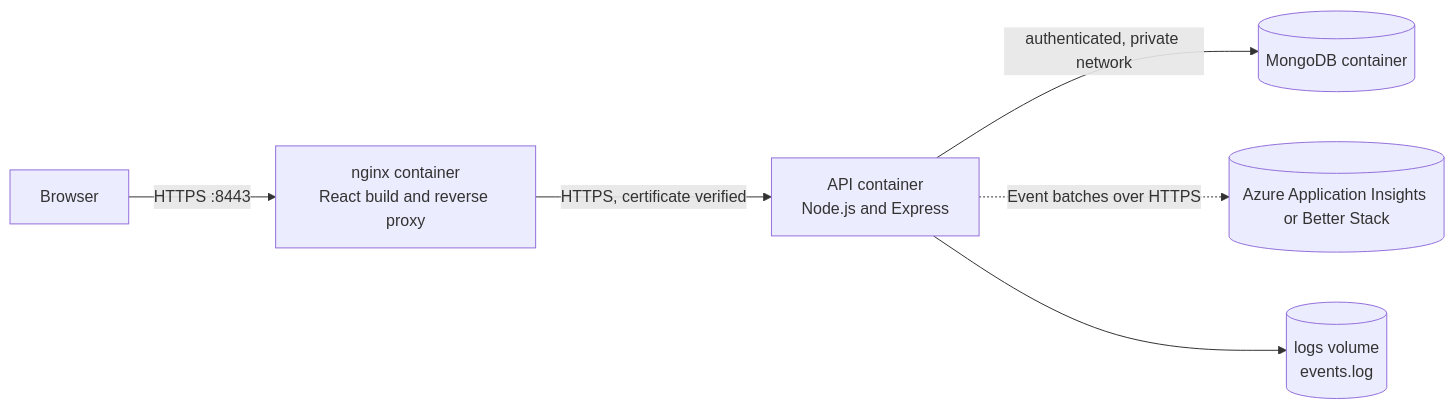
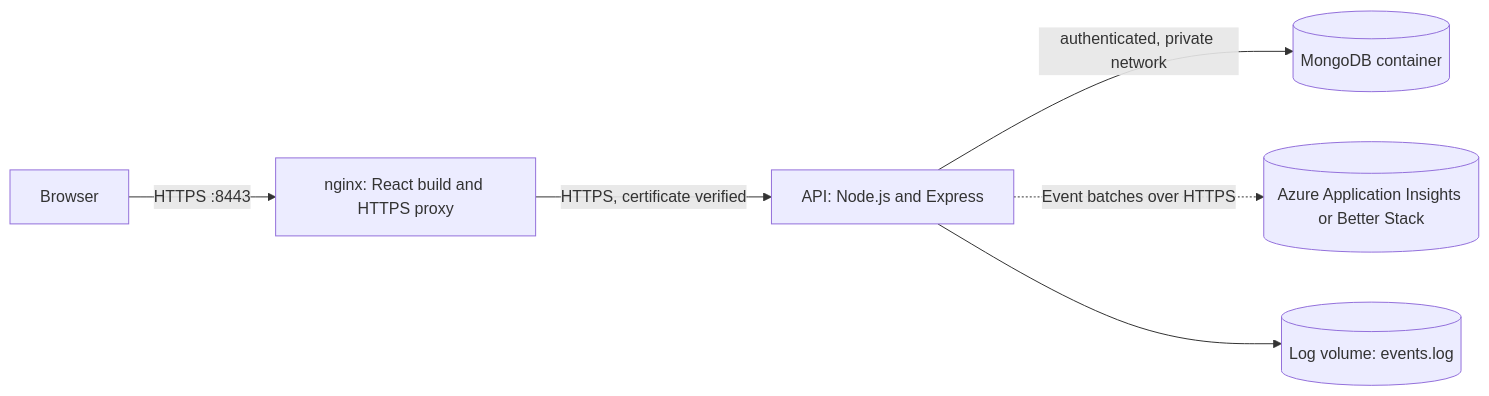
The first of 2 diagrams in README.md (ST10443021/hustlehub-plus-sonar), drawn with Mermaid before and after one commit. The commit also changed other lines of this file and 29 other files, not shown here.

````diff
--- a/README.md
+++ b/README.md
@@ -88,8 +88,8 @@
 ```mermaid
 flowchart LR
-    B["Browser"] -->|"HTTPS :8443"| N["nginx container<br/>React build and reverse proxy"]
-    N -->|"HTTPS, certificate verified"| A["API container<br/>Node.js and Express"]
+    B["Browser"] -->|"HTTPS :8443"| N["nginx: React build and HTTPS proxy"]
+    N -->|"HTTPS, certificate verified"| A["API: Node.js and Express"]
     A -->|"authenticated, private network"| M[("MongoDB container")]
     A -.->|"Event batches over HTTPS"| L[("Azure Application Insights or Better Stack")]
-    A --> F[("logs volume<br/>events.log")]
+    A --> F[("Log volume: events.log")]
 ```
````
